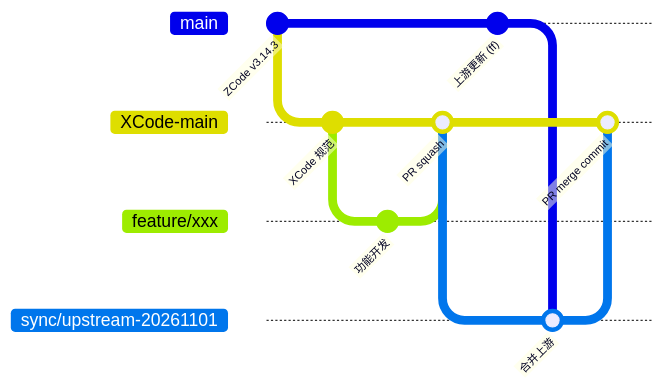
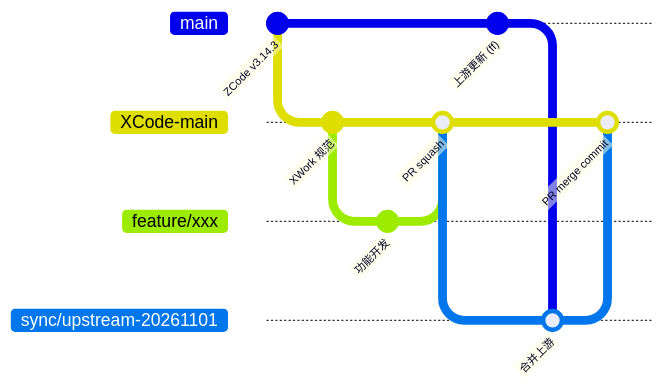
The diagram in docs/xcode/BRANCHING.md (978655242/XCode), drawn with Mermaid before and after one commit. The commit also changed other lines of this file and 226 other files, not shown here.

````diff
--- a/docs/xcode/BRANCHING.md
+++ b/docs/xcode/BRANCHING.md
@@ -22,17 +22,17 @@
 ```mermaid
 gitGraph
   commit id: "ZCode v3.14.3"
   branch XCode-main
-  commit id: "XCode 规范"
+  commit id: "XWork 规范"
   branch feature/xxx
   commit id: "功能开发"
   checkout XCode-main
   merge feature/xxx id: "PR squash"
   checkout main
   commit id: "上游更新 (ff)"
   checkout XCode-main
   branch sync/upstream-20261101
   merge main id: "合并上游"
   checkout XCode-main
   merge sync/upstream-20261101 id: "PR merge commit"
 ```
````
